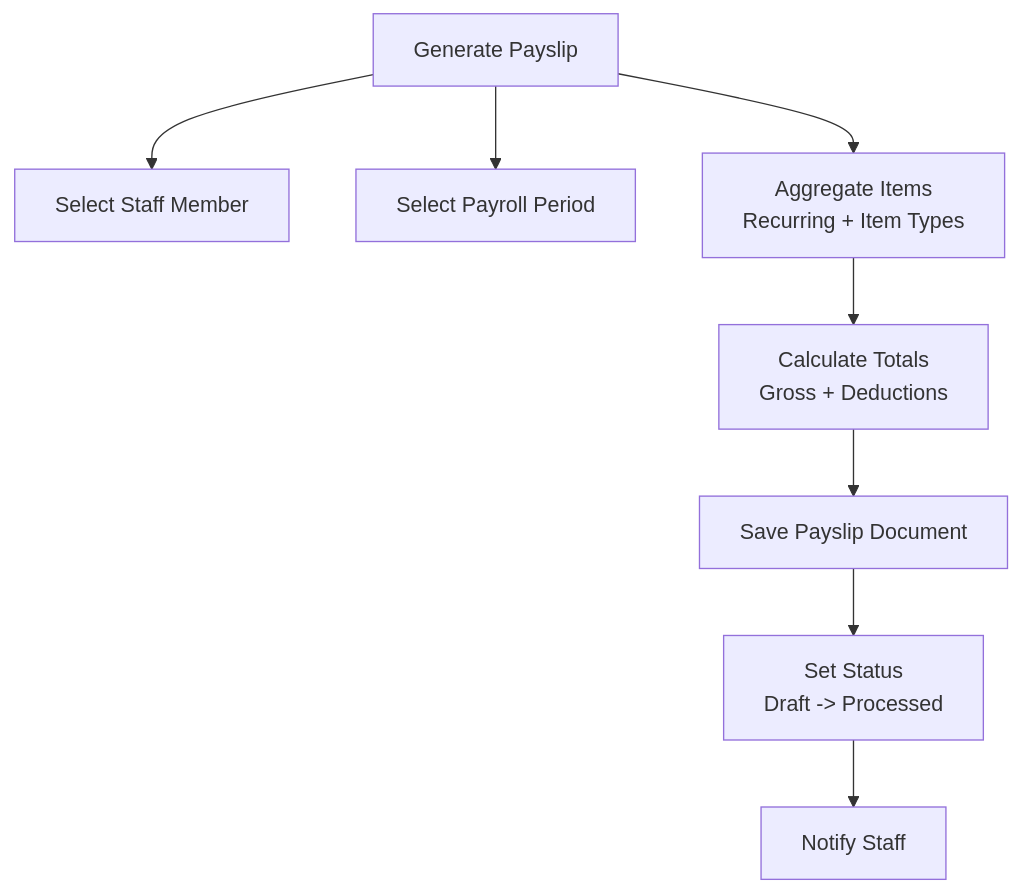
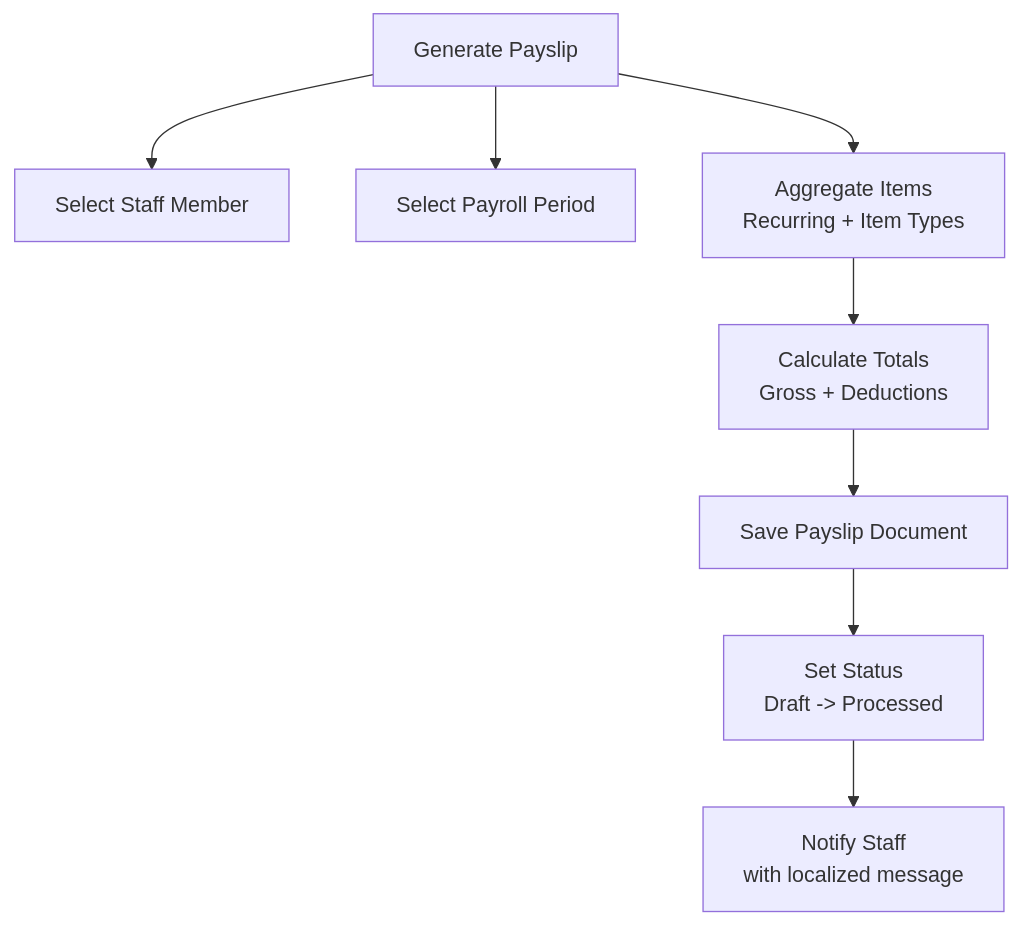
Before and after one commit to geniusdynamics/schoolpilot: the tenth of 12 diagrams in .qoder/repowiki/en/content/Modules System/HR Module.md, drawn with Mermaid. The commit also changed other lines of this file and 16 other files, not shown here.

````diff
--- a/.qoder/repowiki/en/content/Modules System/HR Module.md
+++ b/.qoder/repowiki/en/content/Modules System/HR Module.md
@@ -368,10 +449,10 @@
 ```mermaid
 flowchart TD
 Generate["Generate Payslip"] --> Staff["Select Staff Member"]
 Generate --> Period["Select Payroll Period"]
 Generate --> Items["Aggregate Items<br/>Recurring + Item Types"]
 Items --> Calculate["Calculate Totals<br/>Gross + Deductions"]
 Calculate --> Save["Save Payslip Document"]
 Save --> Status["Set Status<br/>Draft -> Processed"]
-Status --> Notify["Notify Staff"]
+Status --> Notify["Notify Staff<br/>with localized message"]
 ```
````
